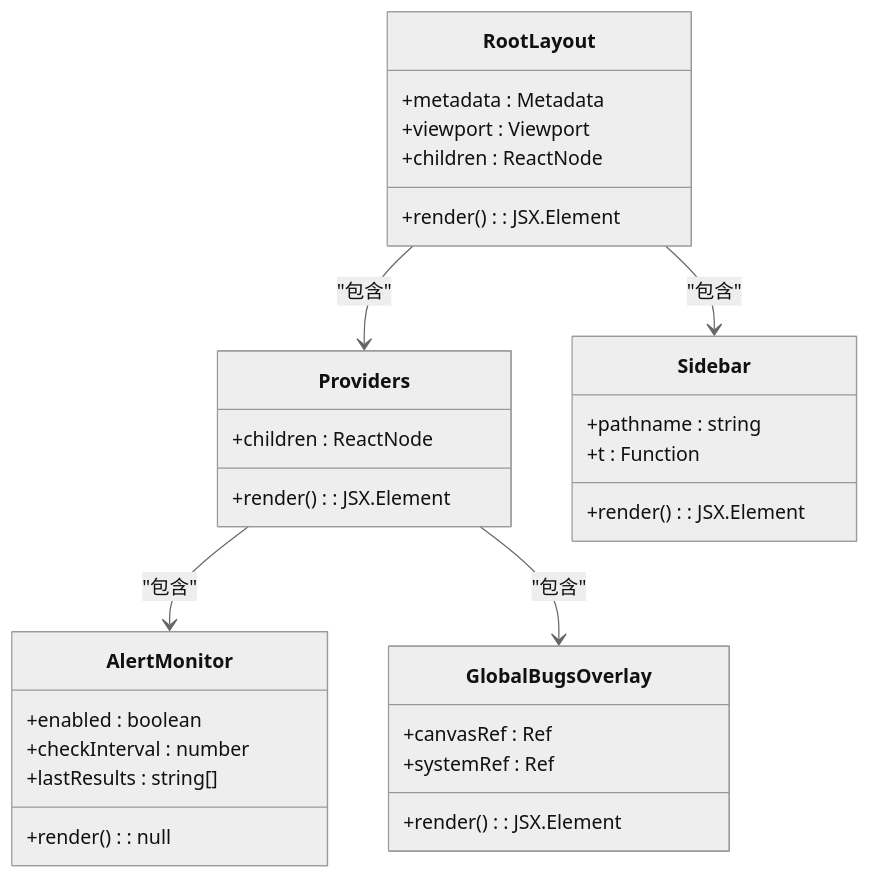
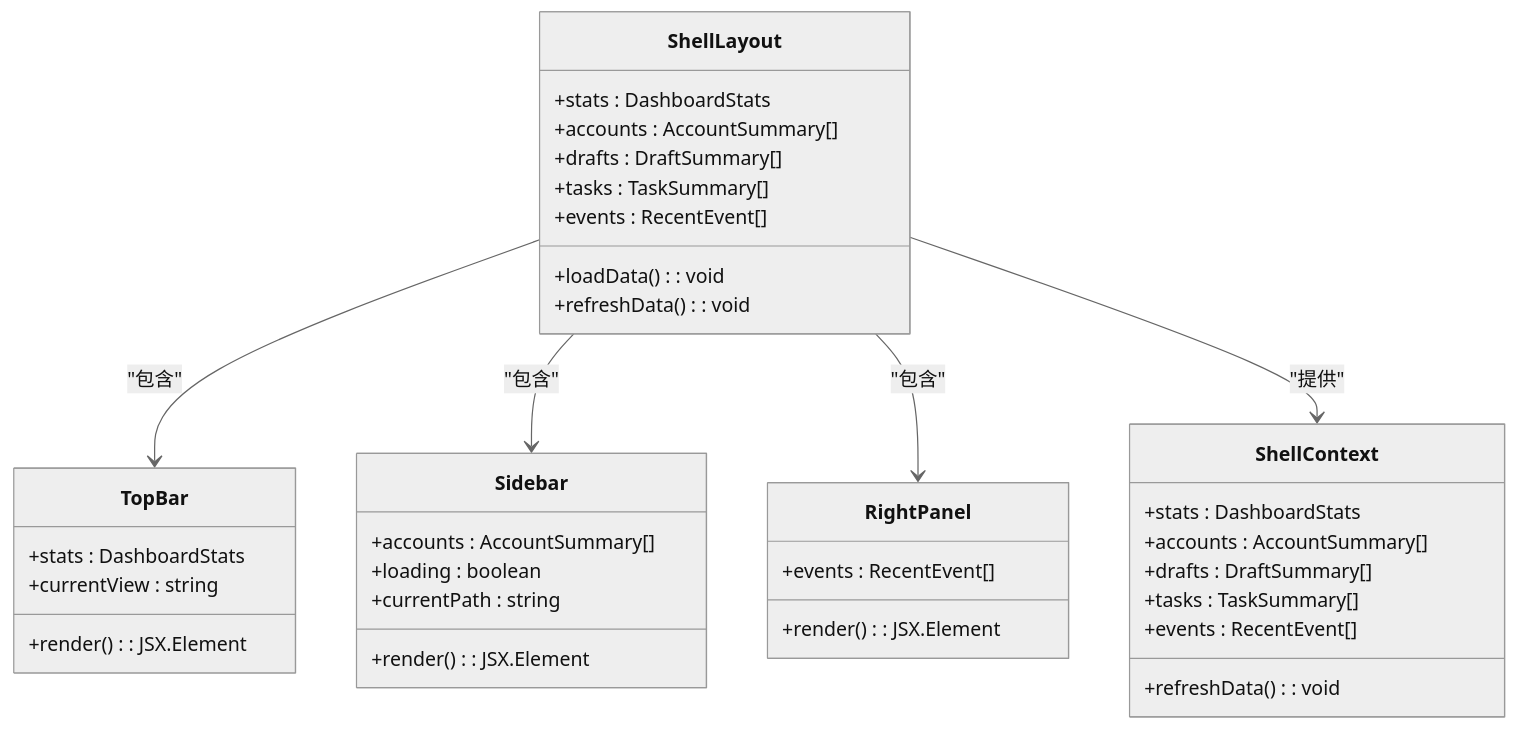
Before and after one commit to sansansansansan2022-web/hotclaw: the second of 15 diagrams in .qoder/repowiki/zh/content/前端开发/Next.js应用架构.md, drawn with Mermaid (neutral theme). The commit also changed other lines of this file and 860 other files, not shown here.

````diff
--- a/.qoder/repowiki/zh/content/前端开发/Next.js应用架构.md
+++ b/.qoder/repowiki/zh/content/前端开发/Next.js应用架构.md
@@ -78,33 +93,39 @@
 ```mermaid
 classDiagram
-class RootLayout {
-+metadata : Metadata
-+viewport : Viewport
-+children : ReactNode
-+render() : JSX.Element
+class ShellLayout {
++stats : DashboardStats
++accounts : AccountSummary[]
++drafts : DraftSummary[]
++tasks : TaskSummary[]
++events : RecentEvent[]
++loadData() : void
++refreshData() : void
 }
-class Providers {
-+children : ReactNode
+class TopBar {
++stats : DashboardStats
++currentView : string
 +render() : JSX.Element
 }
 class Sidebar {
-+pathname : string
-+t : Function
++accounts : AccountSummary[]
++loading : boolean
++currentPath : string
 +render() : JSX.Element
 }
-class AlertMonitor {
-+enabled : boolean
-+checkInterval : number
-+lastResults : string[]
-+render() : null
-}
-class GlobalBugsOverlay {
-+canvasRef : Ref
-+systemRef : Ref
+class RightPanel {
++events : RecentEvent[]
 +render() : JSX.Element
 }
-RootLayout --> Providers : "包含"
-Providers --> AlertMonitor : "包含"
-Providers --> GlobalBugsOverlay : "包含"
-RootLayout --> Sidebar : "包含"
+class ShellContext {
++stats : DashboardStats
++accounts : AccountSummary[]
++drafts : DraftSummary[]
++tasks : TaskSummary[]
++events : RecentEvent[]
++refreshData() : void
+}
+ShellLayout --> TopBar : "包含"
+ShellLayout --> Sidebar : "包含"
+ShellLayout --> RightPanel : "包含"
+ShellLayout --> ShellContext : "提供"
 ```
````
